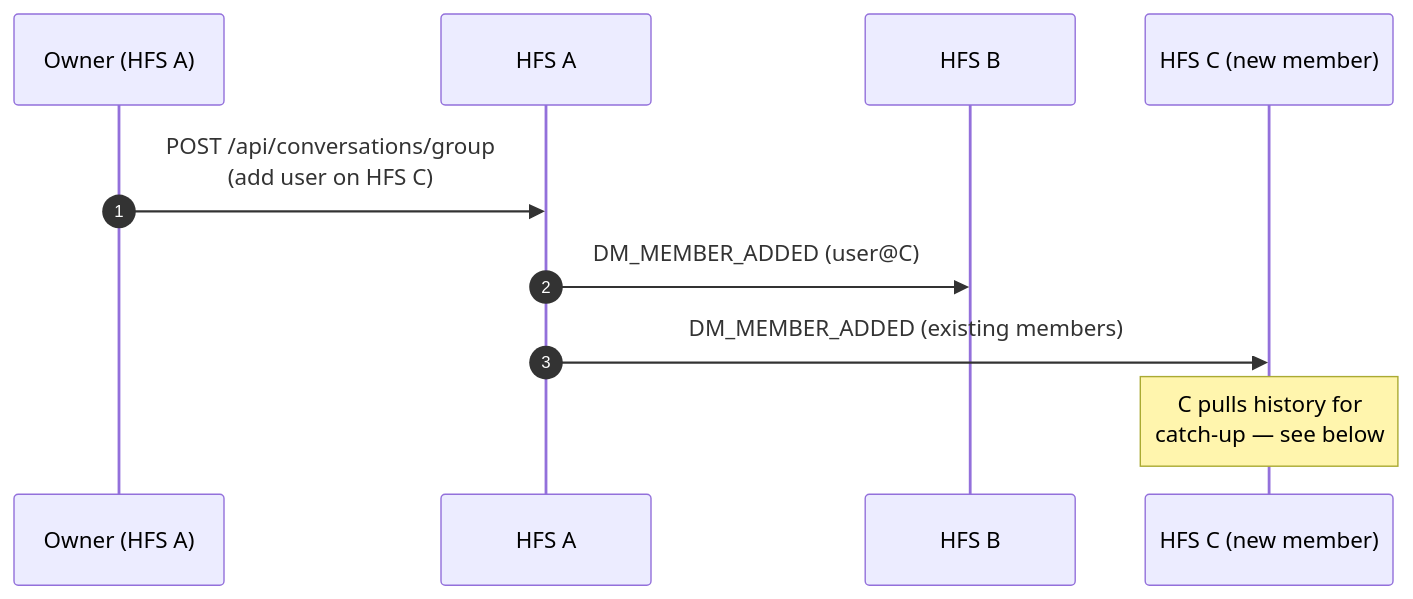
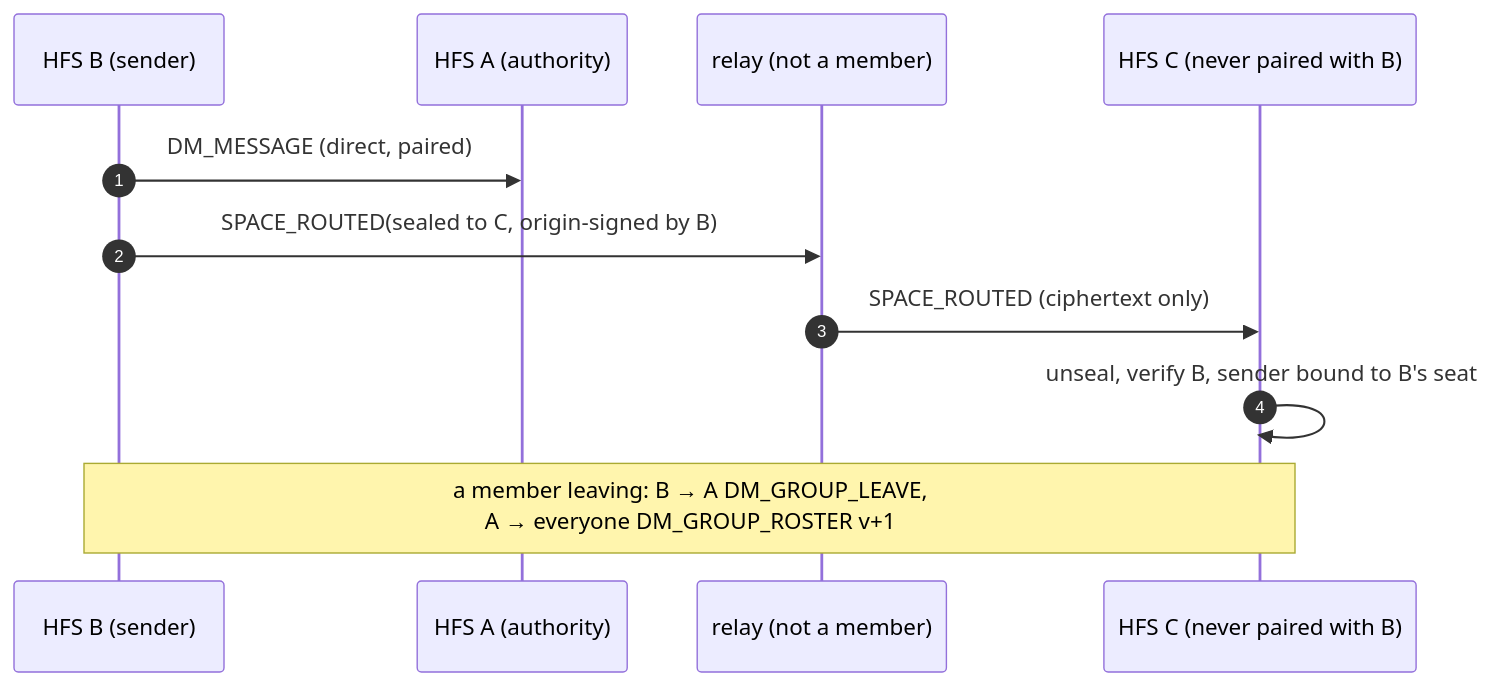
Before and after one commit to social-home-io/socialhome: the third of 8 diagrams in docs/protocol/dm.md, drawn with Mermaid. The commit also changed other lines of this file and 5 other files, not shown here.

First line of the commit message:
Docs: cross-household group conversations (v_37)

````diff
--- a/docs/protocol/dm.md
+++ b/docs/protocol/dm.md
@@ -107,12 +209,13 @@
 ```mermaid
 sequenceDiagram
     autonumber
-    participant OA as Owner (HFS A)
-    participant A as HFS A
-    participant B as HFS B
-    participant C as HFS C (new member)
-    OA->>A: POST /api/conversations/group<br/>(add user on HFS C)
-    A->>B: DM_MEMBER_ADDED (user@C)
-    A->>C: DM_MEMBER_ADDED (existing members)
-    Note over C: C pulls history for<br/>catch-up — see below
+    participant B as HFS B (sender)
+    participant A as HFS A (authority)
+    participant R as relay (not a member)
+    participant C as HFS C (never paired with B)
+    B->>A: DM_MESSAGE (direct, paired)
+    B->>R: SPACE_ROUTED(sealed to C, origin-signed by B)
+    R->>C: SPACE_ROUTED (ciphertext only)
+    C->>C: unseal, verify B, sender bound to B's seat
+    Note over B,C: a member leaving: B → A DM_GROUP_LEAVE,<br/>A → everyone DM_GROUP_ROSTER v+1
 ```
````
